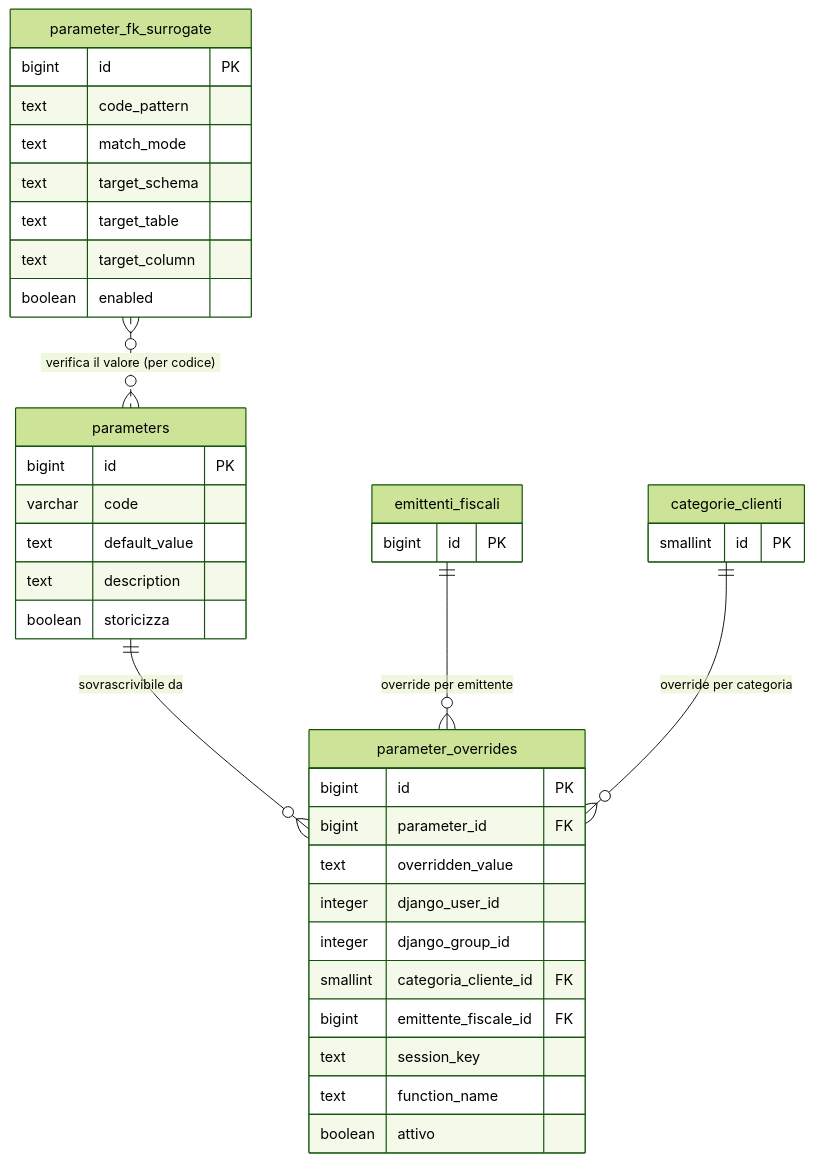
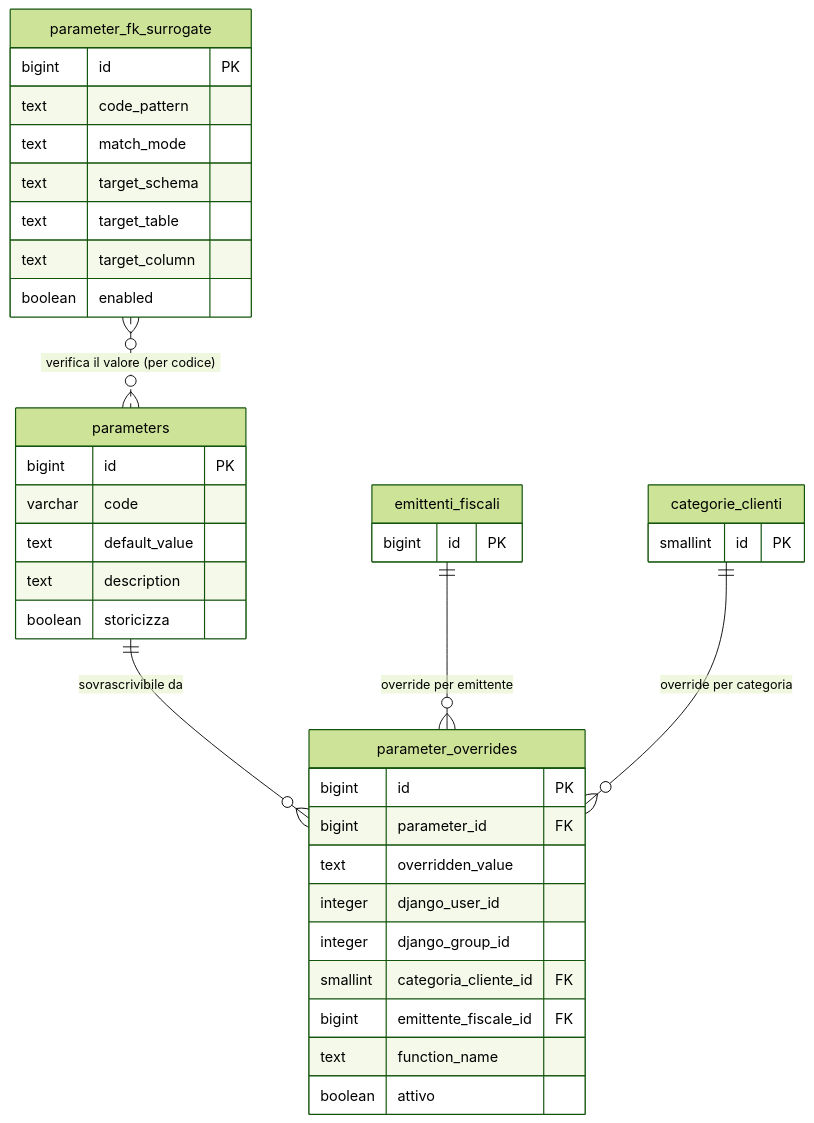
One commit to Tito-it/ZeroErp changed the diagram in docs/it/guide/configurazione-e-gestione-parametri.md. Above: the diagram before and after it, drawn with Mermaid (forest theme). The commit also changed other lines of this file and 50 other files, not shown here.

````diff
--- a/docs/it/guide/configurazione-e-gestione-parametri.md
+++ b/docs/it/guide/configurazione-e-gestione-parametri.md
@@ -380,46 +381,45 @@
 ```mermaid
 erDiagram
     parameters {
         bigint id PK
         varchar code
         text default_value
         text description
         boolean storicizza
     }
 
     parameter_overrides {
         bigint id PK
         bigint parameter_id FK
         text overridden_value
         integer django_user_id
         integer django_group_id
         smallint categoria_cliente_id FK
         bigint emittente_fiscale_id FK
-        text session_key
         text function_name
         boolean attivo
     }
 
     parameter_fk_surrogate {
         bigint id PK
         text code_pattern
         text match_mode
         text target_schema
         text target_table
         text target_column
         boolean enabled
     }
 
     emittenti_fiscali {
         bigint id PK
     }
 
     categorie_clienti {
         smallint id PK
     }
 
     parameters ||--o{ parameter_overrides : "sovrascrivibile da"
     emittenti_fiscali ||--o{ parameter_overrides : "override per emittente"
     categorie_clienti ||--o{ parameter_overrides : "override per categoria"
     parameter_fk_surrogate }o..o{ parameters : "verifica il valore (per codice)"
 ```
````
